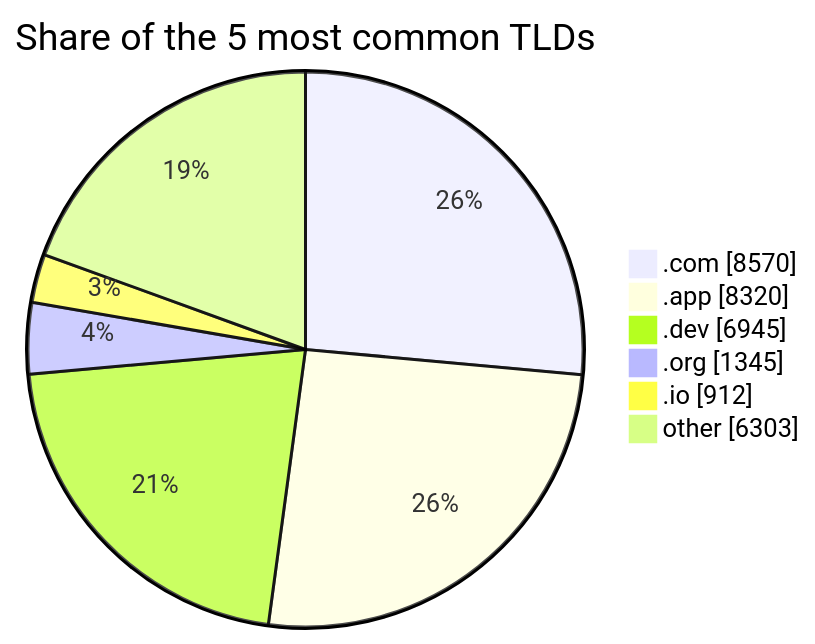
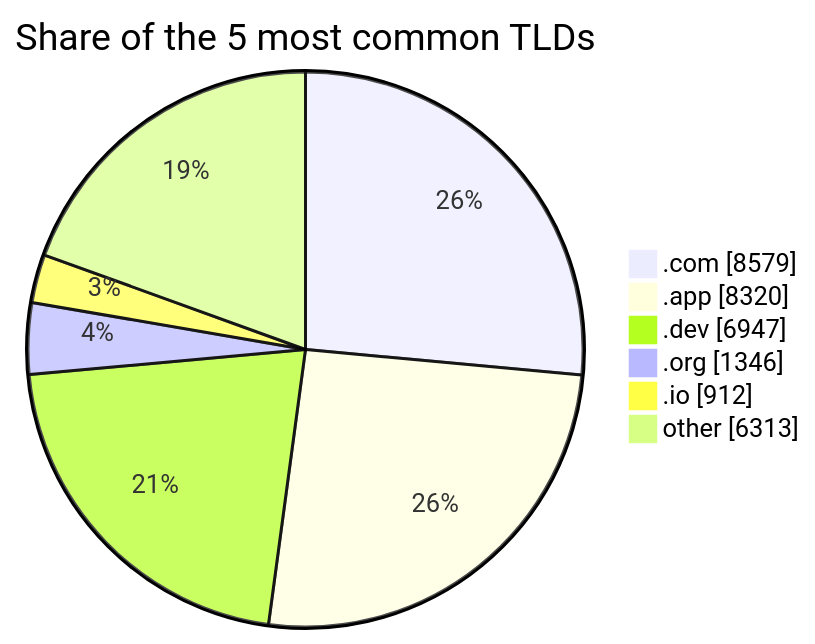
One commit to DNSBunker/CTI changed the second of 2 diagrams in README.md. Above: the diagram before and after it, drawn with Mermaid. The commit also changed other lines of this file and 3 other files, not shown here.

````diff
--- a/README.md
+++ b/README.md
@@ -72,9 +72,9 @@
 ```mermaid
 pie showData title Share of the 5 most common TLDs
-    ".com" : 8570
+    ".com" : 8579
     ".app" : 8320
-    ".dev" : 6945
-    ".org" : 1345
+    ".dev" : 6947
+    ".org" : 1346
     ".io" : 912
-    "other" : 6303
+    "other" : 6313
 ```
````
